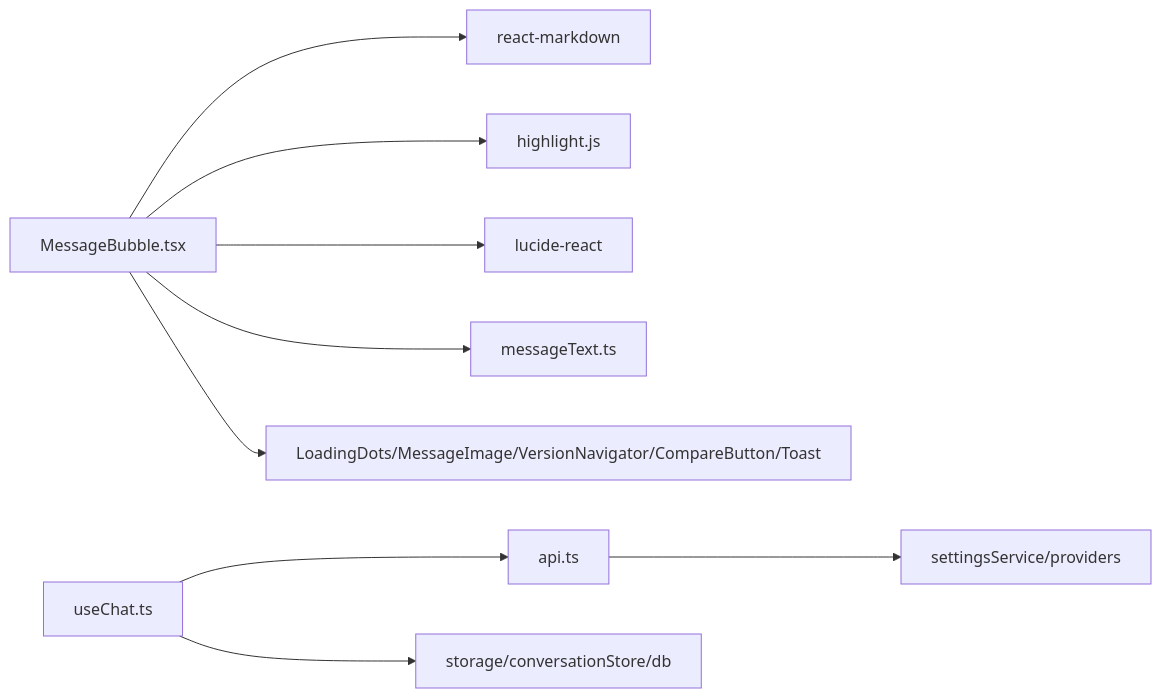
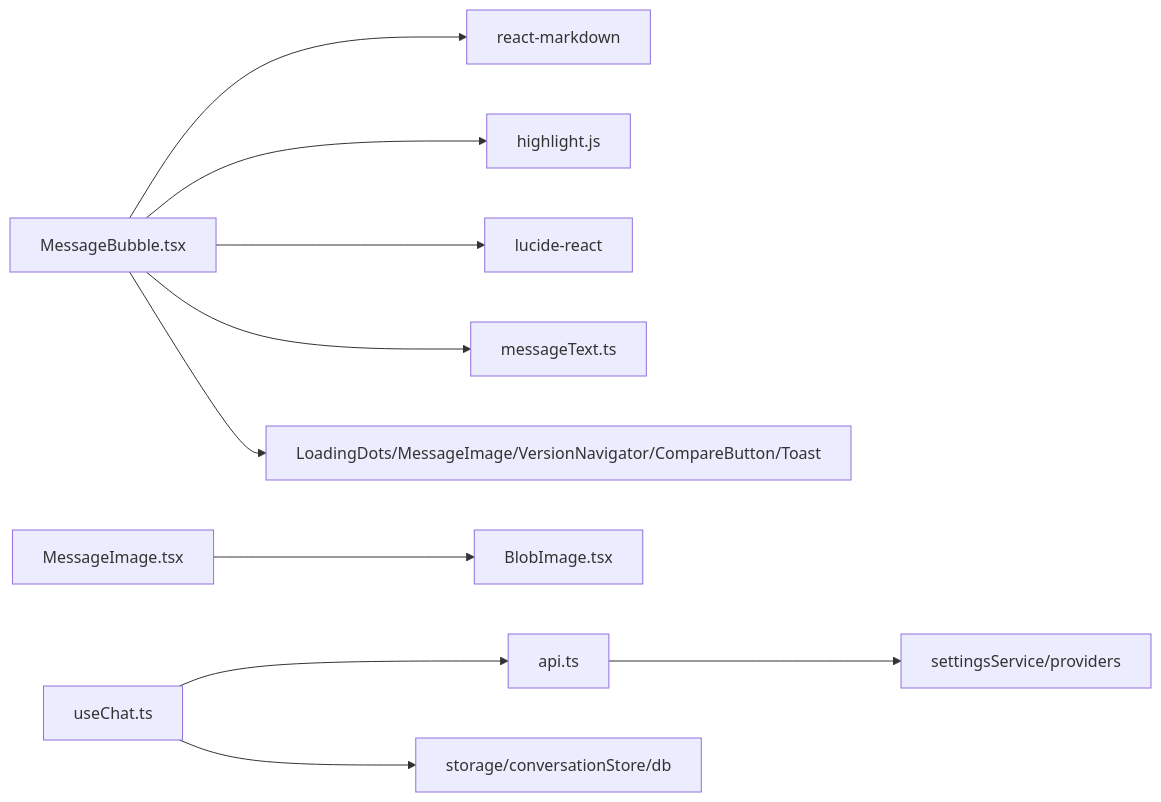
One commit to billye220670/AIShop changed the fifth of 5 diagrams in .qoder/repowiki/zh/content/聊天模块/消息气泡组件.md. Above: the diagram before and after it, drawn with Mermaid. The commit also changed other lines of this file and 149 other files, not shown here.

````diff
--- a/.qoder/repowiki/zh/content/聊天模块/消息气泡组件.md
+++ b/.qoder/repowiki/zh/content/聊天模块/消息气泡组件.md
@@ -294,11 +325,12 @@
 ```mermaid
 graph LR
 MB["MessageBubble.tsx"] --> MD["react-markdown"]
 MB --> HL["highlight.js"]
 MB --> ICON["lucide-react"]
 MB --> UT["messageText.ts"]
 MB --> SUB["LoadingDots/MessageImage/VersionNavigator/CompareButton/Toast"]
+MI["MessageImage.tsx"] --> BI["BlobImage.tsx"]
 UC["useChat.ts"] --> API["api.ts"]
 UC --> STORE["storage/conversationStore/db"]
 API --> CFG["settingsService/providers"]
 ```
````
